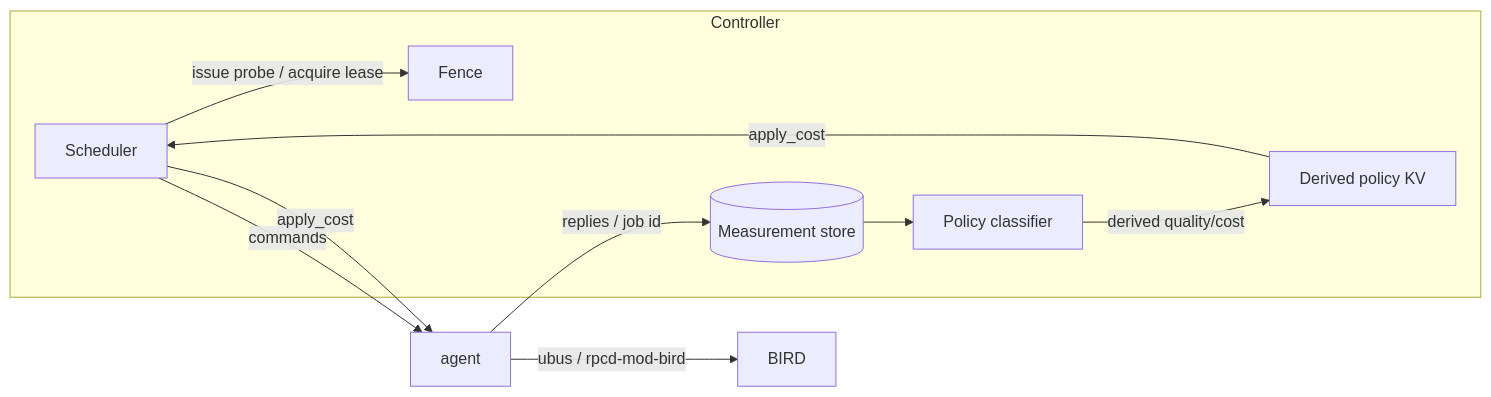
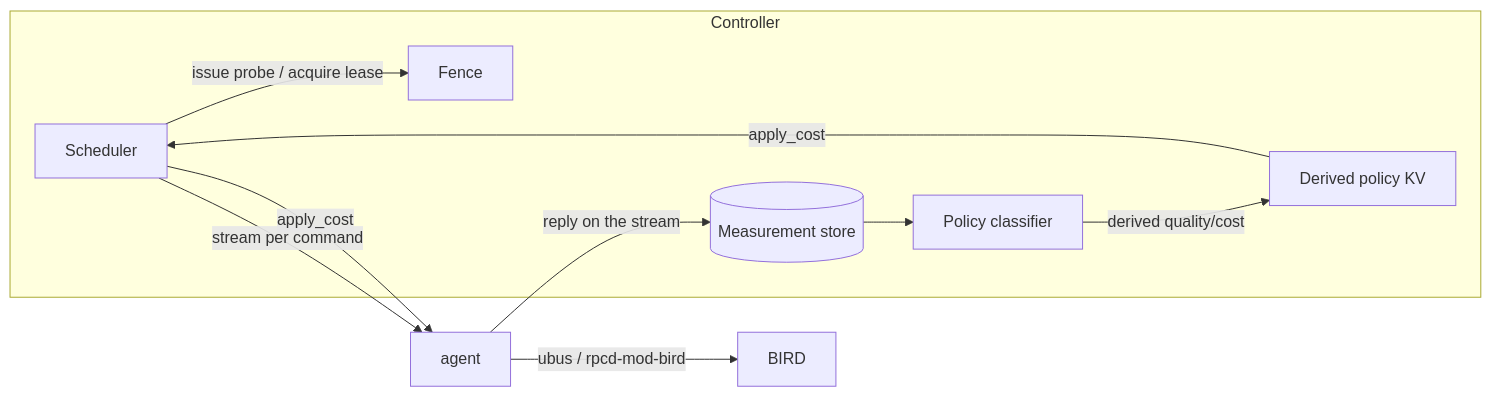
One commit to vooon/mielofon-qoed changed the diagram in docs/architecture.md. Above: the diagram before and after it, drawn with Mermaid. The commit also changed other lines of this file and 36 other files, not shown here.

````diff
--- a/docs/architecture.md
+++ b/docs/architecture.md
@@ -88,18 +88,18 @@
 ```mermaid
 flowchart LR
     subgraph Controller
         S[Scheduler]
         F[Fence]
         T[(Measurement store)]
         C[Policy classifier]
         Q[Derived policy KV]
     end
     T --> C
     S -->|issue probe / acquire lease| F
-    S -->|commands| A[agent]
-    A -->|replies / job id| T
+    S -->|stream per command| A[agent]
+    A -->|reply on the stream| T
     C -->|derived quality/cost| Q
     Q -->|apply_cost| S
     S -->|apply_cost| A
     A -->|ubus / rpcd-mod-bird| B[BIRD]
 ```
````
